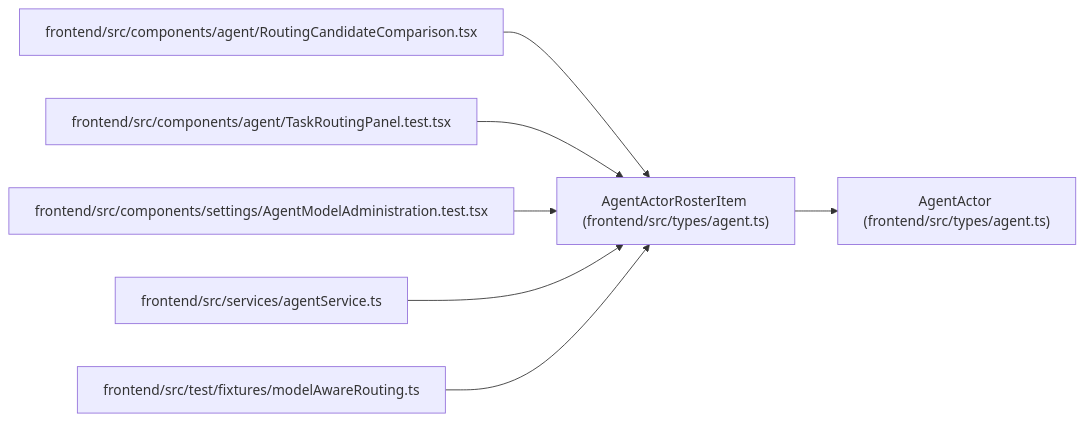
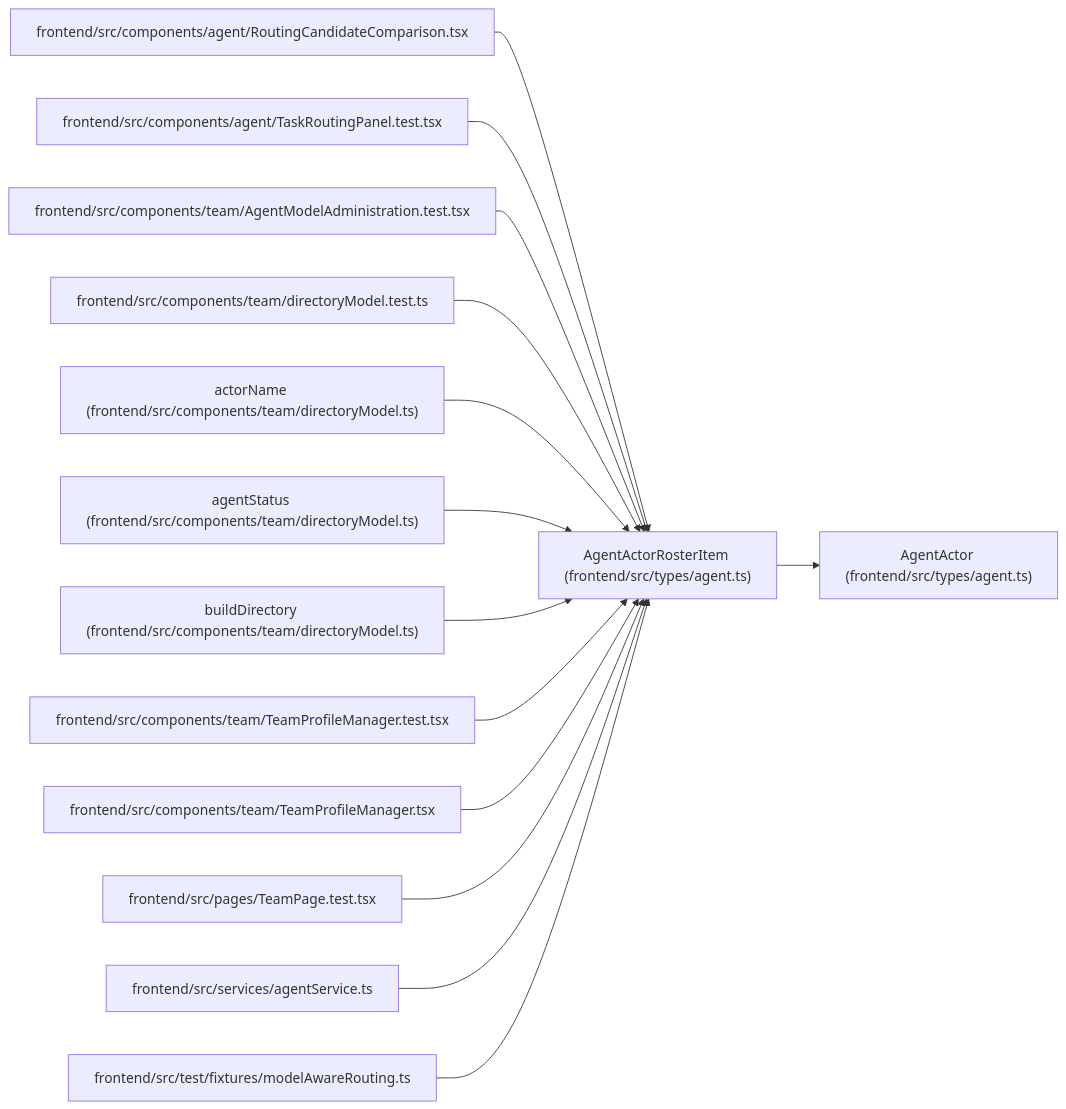
The diagram in docs/llm_wiki/entities/types_agent_AgentActorRosterItem.md (Denissvgn/WorkChord), drawn with Mermaid before and after one commit. The commit also changed other lines of this file and 2373 other files, not shown here.

````diff
--- a/docs/llm_wiki/entities/types_agent_AgentActorRosterItem.md
+++ b/docs/llm_wiki/entities/types_agent_AgentActorRosterItem.md
@@ -31,23 +31,44 @@
 ```mermaid
 flowchart LR
     n0["AgentActorRosterItem (frontend/src/types/agent.ts)"]
     n1["AgentActor (frontend/src/types/agent.ts)"]
     n2["frontend/src/components/agent/RoutingCandidateComparison.tsx"]
     n3["frontend/src/components/agent/TaskRoutingPanel.test.tsx"]
-    n4["frontend/src/components/settings/AgentModelAdministration.test.tsx"]
-    n5["frontend/src/services/agentService.ts"]
-    n6["frontend/src/test/fixtures/modelAwareRouting.ts"]
+    n4["frontend/src/components/team/AgentModelAdministration.test.tsx"]
+    n5["frontend/src/components/team/directoryModel.test.ts"]
+    n6["actorName (frontend/src/components/team/directoryModel.ts)"]
+    n7["agentStatus (frontend/src/components/team/directoryModel.ts)"]
+    n8["buildDirectory (frontend/src/components/team/directoryModel.ts)"]
+    n9["frontend/src/components/team/TeamProfileManager.test.tsx"]
+    n10["frontend/src/components/team/TeamProfileManager.tsx"]
+    n11["frontend/src/pages/TeamPage.test.tsx"]
+    n12["frontend/src/services/agentService.ts"]
+    n13["frontend/src/test/fixtures/modelAwareRouting.ts"]
     n0 --> n1
     n2 --> n0
     n3 --> n0
     n4 --> n0
     n5 --> n0
     n6 --> n0
+    n7 --> n0
+    n8 --> n0
+    n9 --> n0
+    n10 --> n0
+    n11 --> n0
+    n12 --> n0
+    n13 --> n0
     click n0 "../modules/types_agent.md"
     click n1 "../modules/types_agent.md"
     click n2 "../modules/RoutingCandidateComparison.md"
     click n3 "../modules/TaskRoutingPanel.test.md"
     click n4 "../modules/AgentModelAdministration.test.md"
-    click n5 "../modules/agentService.md"
-    click n6 "../modules/modelAwareRouting.md"
+    click n5 "../modules/directoryModel.test.md"
+    click n6 "../modules/directoryModel.md"
+    click n7 "../modules/directoryModel.md"
+    click n8 "../modules/directoryModel.md"
+    click n9 "../modules/TeamProfileManager.test.md"
+    click n10 "../modules/TeamProfileManager.md"
+    click n11 "../modules/TeamPage.test.md"
+    click n12 "../modules/agentService.md"
+    click n13 "../modules/modelAwareRouting.md"
 ```
````
